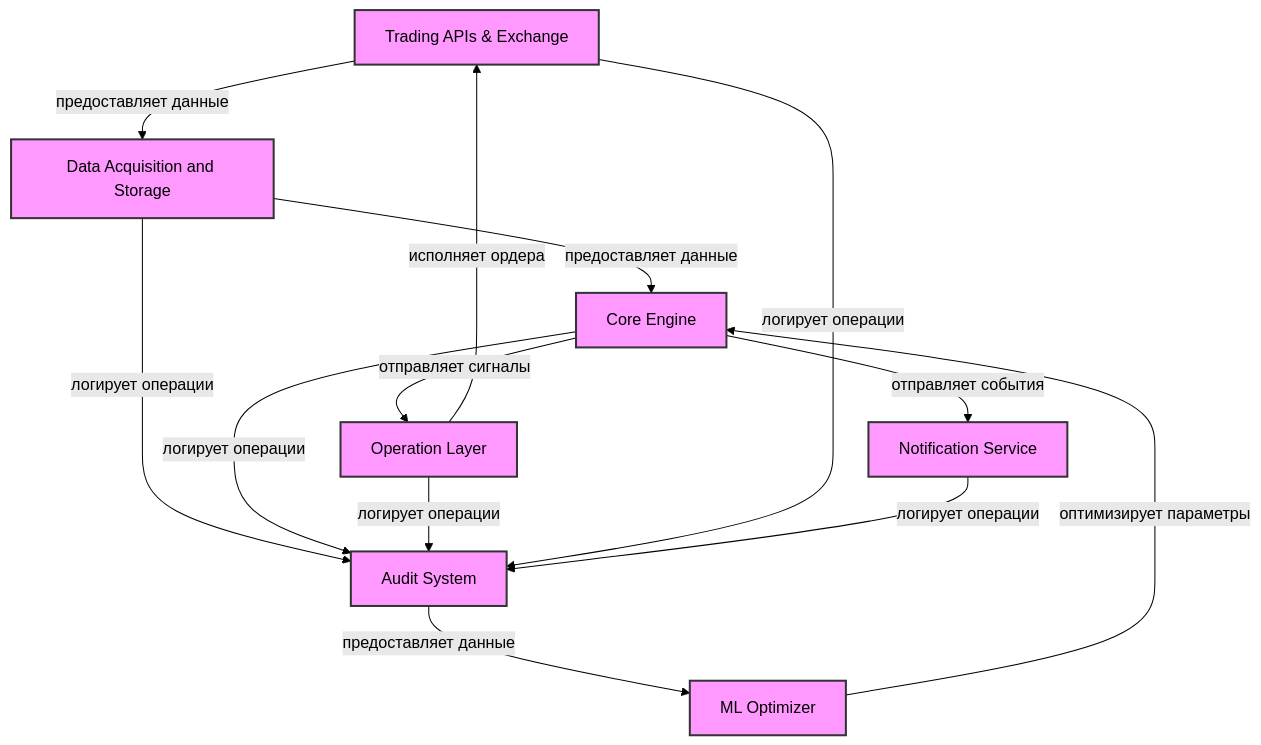
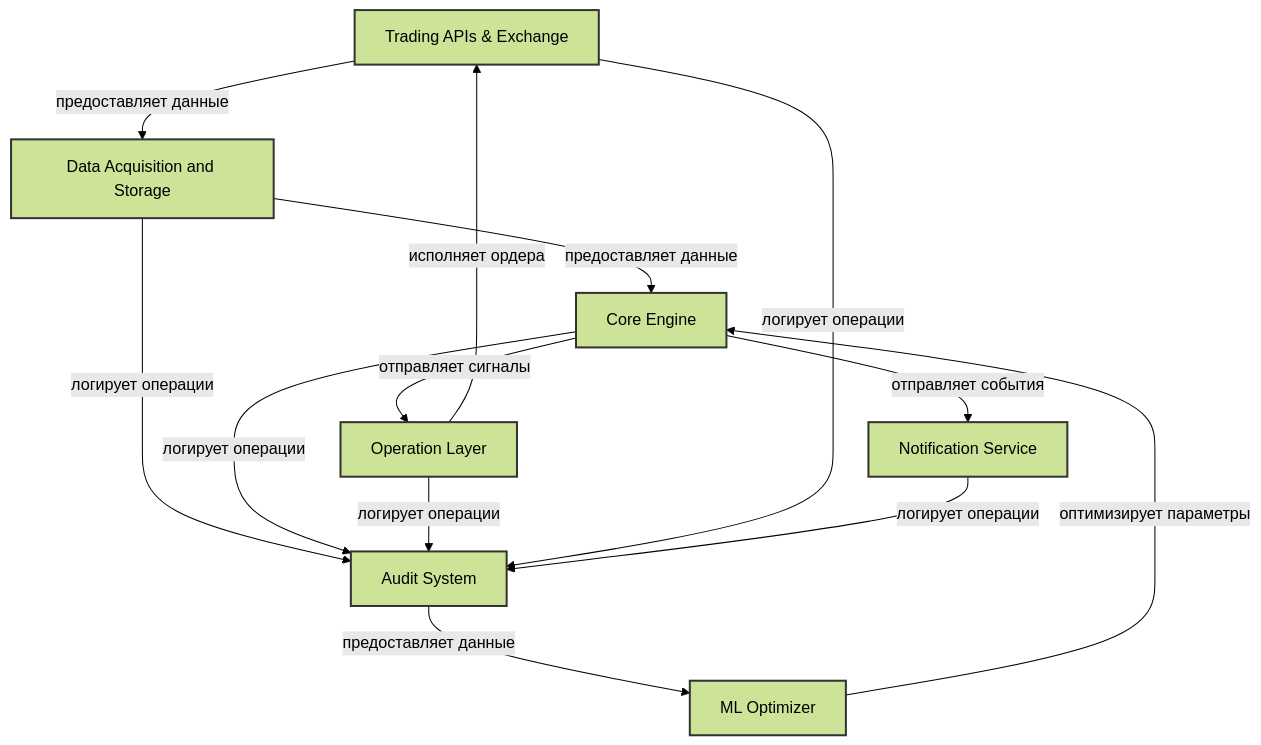
Before and after one commit to cyberSecSec/trading_bot_2.0: the diagram in documentation/vanta-bot-architecture-hld.md, drawn with Mermaid (forest theme). The commit also changed 3 other files, not shown here.

````diff
--- a/documentation/vanta-bot-architecture-hld.md
+++ b/documentation/vanta-bot-architecture-hld.md
@@ -33,33 +33,33 @@
 ```mermaid
 graph TB
     %% Определение компонентов
     TA[Trading APIs & Exchange]
     DAS[Data Acquisition and Storage]
     CE[Core Engine]
     OL[Operation Layer]
     NS[Notification Service]
     AS[Audit System]
     ML[ML Optimizer]
 
     %% Определение связей
     TA -->|предоставляет данные| DAS
     DAS -->|предоставляет данные| CE
     CE -->|отправляет сигналы| OL
     CE -->|отправляет события| NS
     OL -->|исполняет ордера| TA
     
     %% Связи с Audit System
     DAS -->|логирует операции| AS
     CE -->|логирует операции| AS
     OL -->|логирует операции| AS
     TA -->|логирует операции| AS
     NS -->|логирует операции| AS
     
     %% Связи ML Optimizer
     AS -->|предоставляет данные| ML
     ML -->|оптимизирует параметры| CE
 
     %% Стилизация
-    classDef component fill:#f9f,stroke:#333,stroke-width:2px
+    classDef component stroke:#333,stroke-width:2px
     class TA,DAS,CE,OL,NS,AS,ML component
 ```
````
